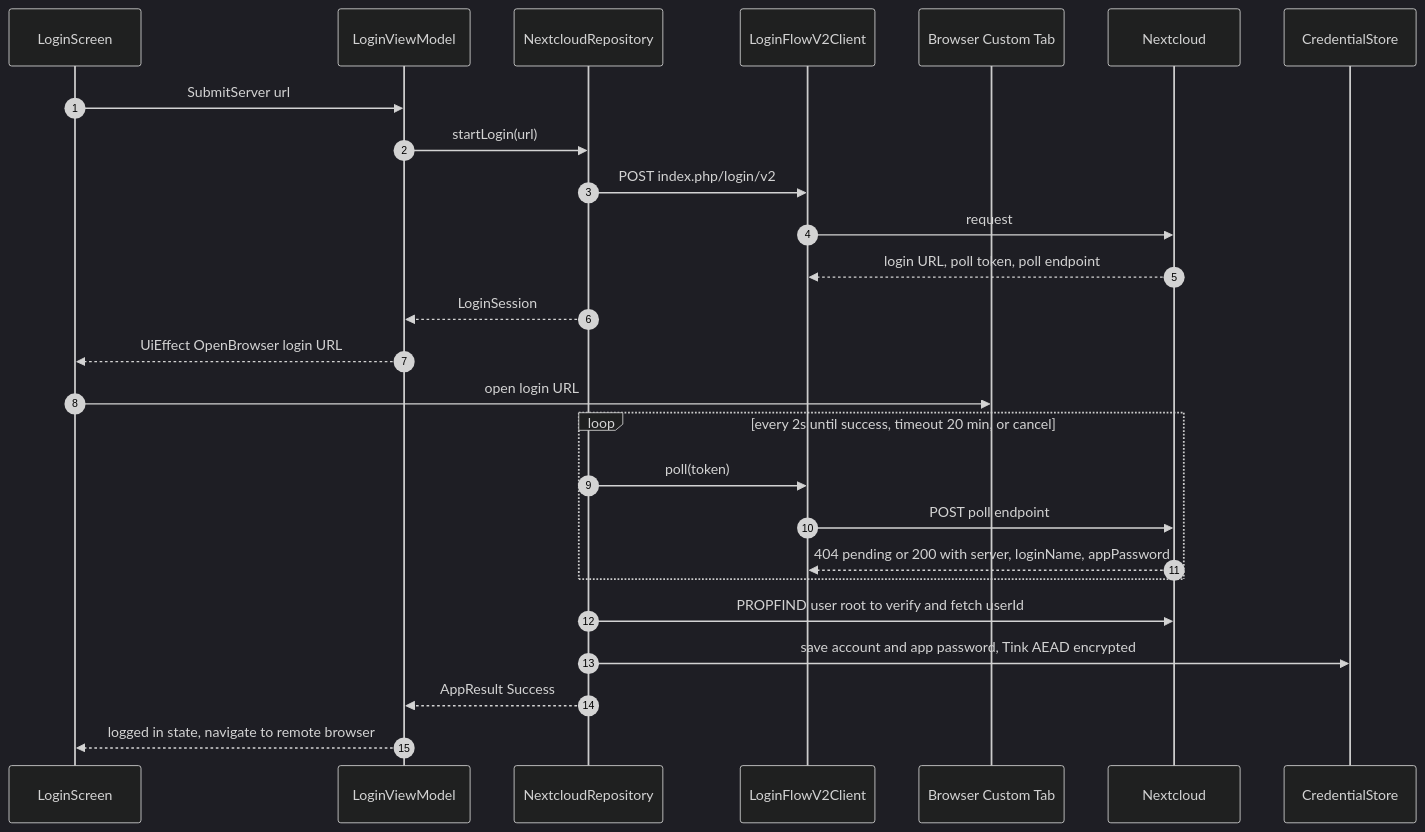
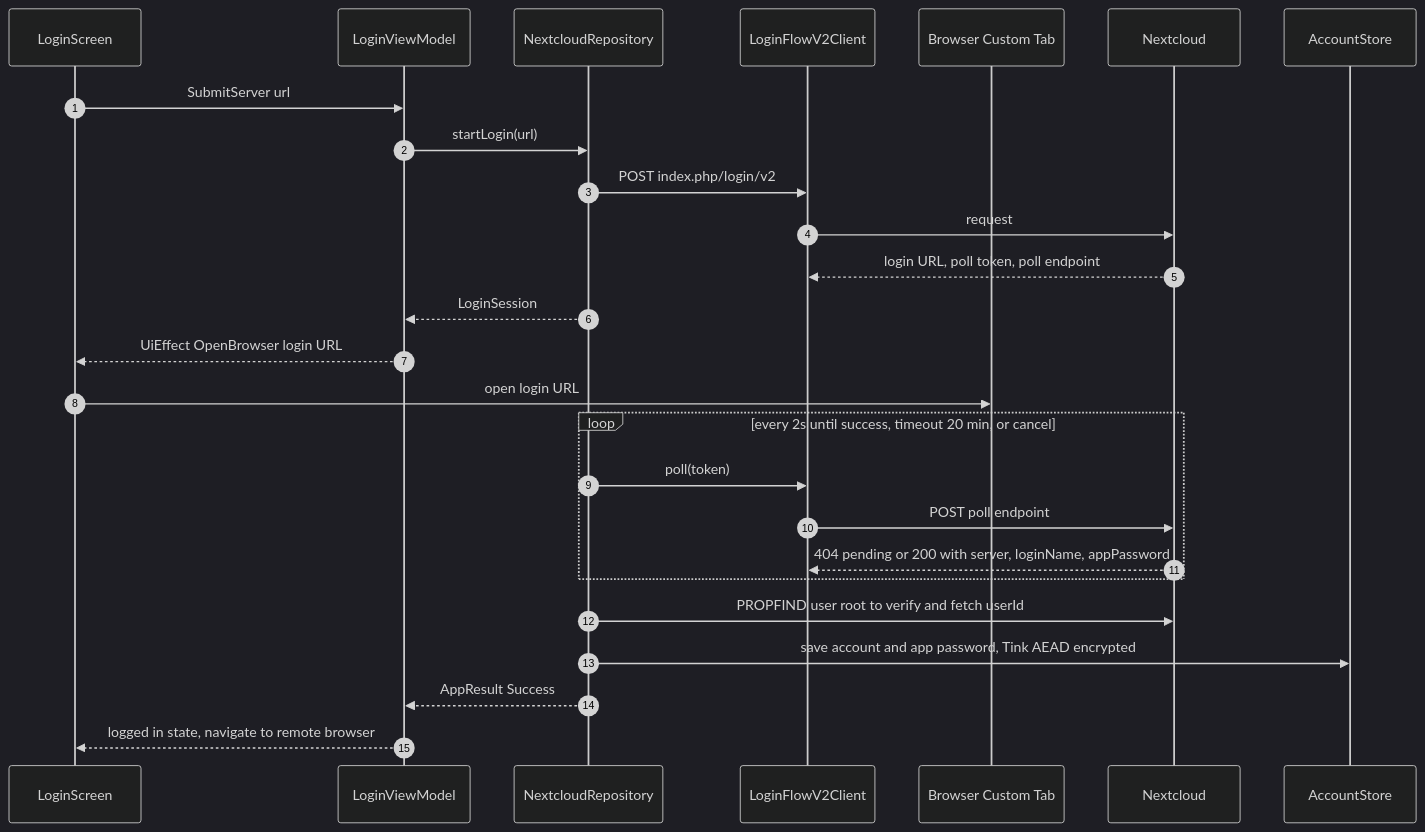
Before and after one commit to drehtuer/NextGalleryApp: the ninth of 12 diagrams in docs/ARCHITECTURE.md, drawn with Mermaid (dark theme). The commit also changed other lines of this file and 3 other files, not shown here.

````diff
--- a/docs/ARCHITECTURE.md
+++ b/docs/ARCHITECTURE.md
@@ -625,29 +652,29 @@
 ```mermaid
 sequenceDiagram
     autonumber
     participant UI as LoginScreen
     participant VM as LoginViewModel
     participant Repo as NextcloudRepository
     participant LF as LoginFlowV2Client
     participant Br as Browser Custom Tab
     participant Srv as Nextcloud
-    participant CS as CredentialStore
+    participant CS as AccountStore
 
     UI->>VM: SubmitServer url
     VM->>Repo: startLogin(url)
     Repo->>LF: POST index.php/login/v2
     LF->>Srv: request
     Srv-->>LF: login URL, poll token, poll endpoint
     Repo-->>VM: LoginSession
     VM-->>UI: UiEffect OpenBrowser login URL
     UI->>Br: open login URL
     loop every 2s until success, timeout 20 min, or cancel
         Repo->>LF: poll(token)
         LF->>Srv: POST poll endpoint
         Srv-->>LF: 404 pending or 200 with server, loginName, appPassword
     end
     Repo->>Srv: PROPFIND user root to verify and fetch userId
     Repo->>CS: save account and app password, Tink AEAD encrypted
     Repo-->>VM: AppResult Success
     VM-->>UI: logged in state, navigate to remote browser
 ```
````
